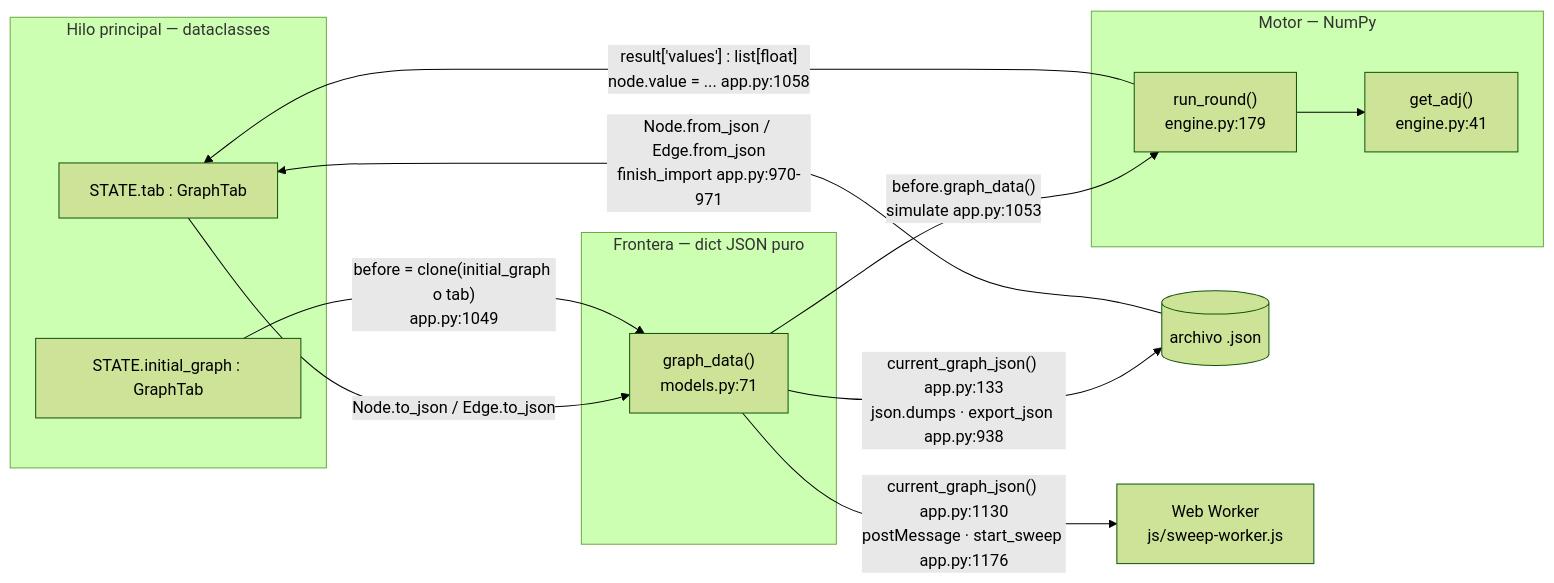
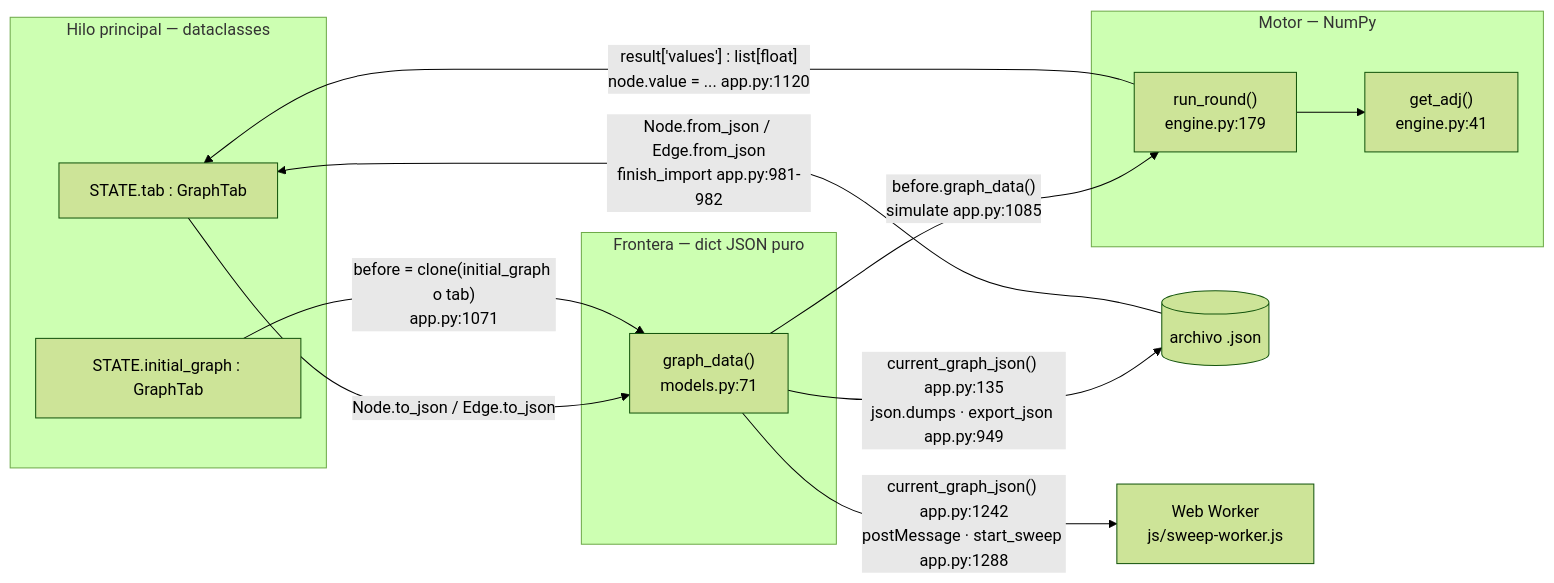
One commit to Rou-uu/consenso-simulador changed the second of 4 diagrams in docs/02-modelo-de-datos.md. Above: the diagram before and after it, drawn with Mermaid (forest theme). The commit also changed other lines of this file and 14 other files, not shown here.

````diff
--- a/docs/02-modelo-de-datos.md
+++ b/docs/02-modelo-de-datos.md
@@ -337,28 +337,28 @@
 ```mermaid
 flowchart LR
     subgraph EDITOR["Hilo principal — dataclasses"]
         ST["STATE.tab : GraphTab"]
         IG["STATE.initial_graph : GraphTab"]
     end
 
     subgraph JSONL["Frontera — dict JSON puro"]
         GD["graph_data()<br/>models.py:71"]
     end
 
     subgraph MOTOR["Motor — NumPy"]
         RR["run_round()<br/>engine.py:179"]
         ADJ["get_adj()<br/>engine.py:41"]
     end
 
     ARCH[("archivo .json")]
     WK["Web Worker<br/>js/sweep-worker.js"]
 
     ST -->|"Node.to_json / Edge.to_json"| GD
-    IG -->|"before = clone(initial_graph o tab)<br/>app.py:1049"| GD
-    GD -->|"before.graph_data()<br/>simulate app.py:1053"| RR
+    IG -->|"before = clone(initial_graph o tab)<br/>app.py:1071"| GD
+    GD -->|"before.graph_data()<br/>simulate app.py:1085"| RR
     RR --> ADJ
-    GD -->|"current_graph_json() app.py:133<br/>json.dumps · export_json app.py:938"| ARCH
-    GD -->|"current_graph_json() app.py:1130<br/>postMessage · start_sweep app.py:1176"| WK
-    ARCH -->|"Node.from_json / Edge.from_json<br/>finish_import app.py:970-971"| ST
-    RR -->|"result['values'] : list[float]<br/>node.value = ... app.py:1058"| ST
+    GD -->|"current_graph_json() app.py:135<br/>json.dumps · export_json app.py:949"| ARCH
+    GD -->|"current_graph_json() app.py:1242<br/>postMessage · start_sweep app.py:1288"| WK
+    ARCH -->|"Node.from_json / Edge.from_json<br/>finish_import app.py:981-982"| ST
+    RR -->|"result['values'] : list[float]<br/>node.value = ... app.py:1120"| ST
 ```
````
